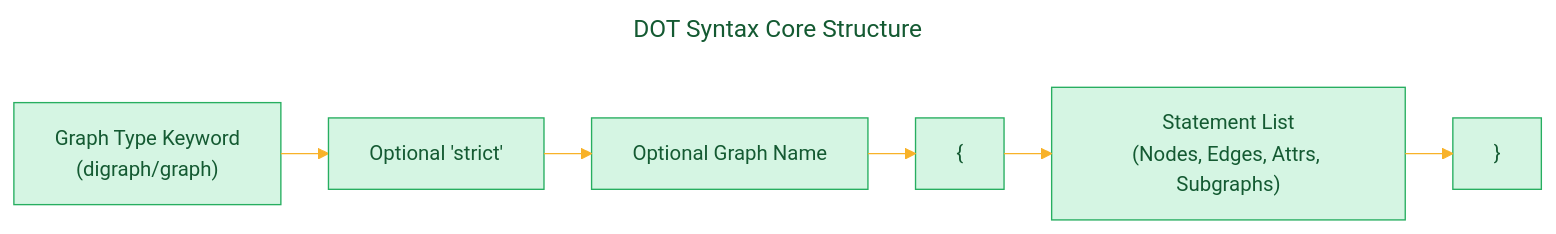
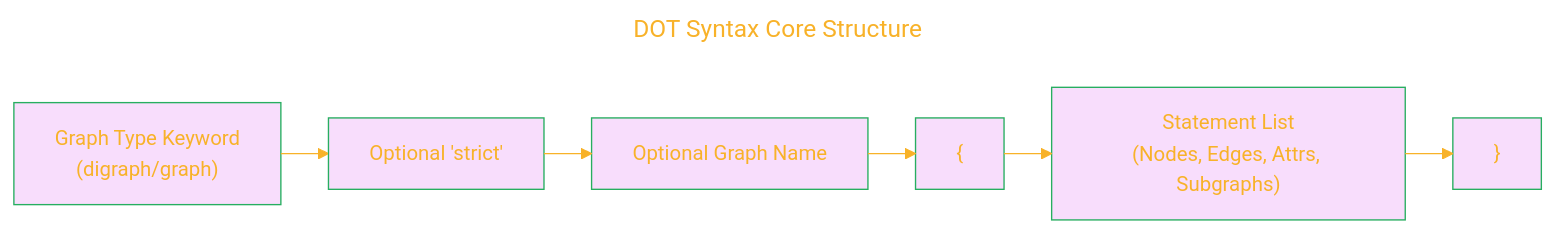
Before and after one commit to CongLeSolutionX/The-Language-Atlas: the fourth of 9 diagrams in regions/DOT_language/PART_2/Gallery_of_DOT_Concepts.md, drawn with Mermaid. The commit also changed other lines of this file and 1 other file, not shown here.

````diff
--- a/regions/DOT_language/PART_2/Gallery_of_DOT_Concepts.md
+++ b/regions/DOT_language/PART_2/Gallery_of_DOT_Concepts.md
@@ -174,37 +174,37 @@
 ```mermaid
 ---
 title: "DOT Syntax Core Structure"
 author: "Cong Le"
 version: "1.0"
 license(s): "MIT, CC BY 4.0"
 copyright: "Copyright (c) 2025 Cong Le. All Rights Reserved."
 config:
   layout: elk
   theme: base
 ---
 %%%%%%%% Mermaid version v11.4.1-b.14
 %%%%%%%% Available curve styles include the following keywords:
 %% basis, bumpX, bumpY, cardinal, catmullRom, linear, monotoneX, monotoneY, natural, step, stepAfter, stepBefore.
 %%{
   init: {
     'flowchart': { 'htmlLabels': true, 'curve': 'linear' },
     'fontFamily': 'Monaco',
     'themeVariables': {
-      'primaryColor': '#D5F5E3',
-      'primaryTextColor': '#145A32',
+      'primaryColor': '#D5E3',
+      'primaryTextColor': '#F8B229',
       'lineColor': '#F8B229',
       'primaryBorderColor': '#27AE60',
       'secondaryColor': '#EBDEF0',
       'secondaryTextColor': '#6C3483',
       'secondaryBorderColor': '#A569BD',
       'fontSize': '15px'
     }
   }
 }%%
 graph LR
     A["Graph Type Keyword<br/>(digraph/graph)"] --> B["Optional 'strict'"]
     B --> C["Optional Graph Name"]
     C --> D["{"]
     D --> E["Statement List<br/>(Nodes, Edges, Attrs, Subgraphs)"]
     E --> F["}"]
 ```
````
